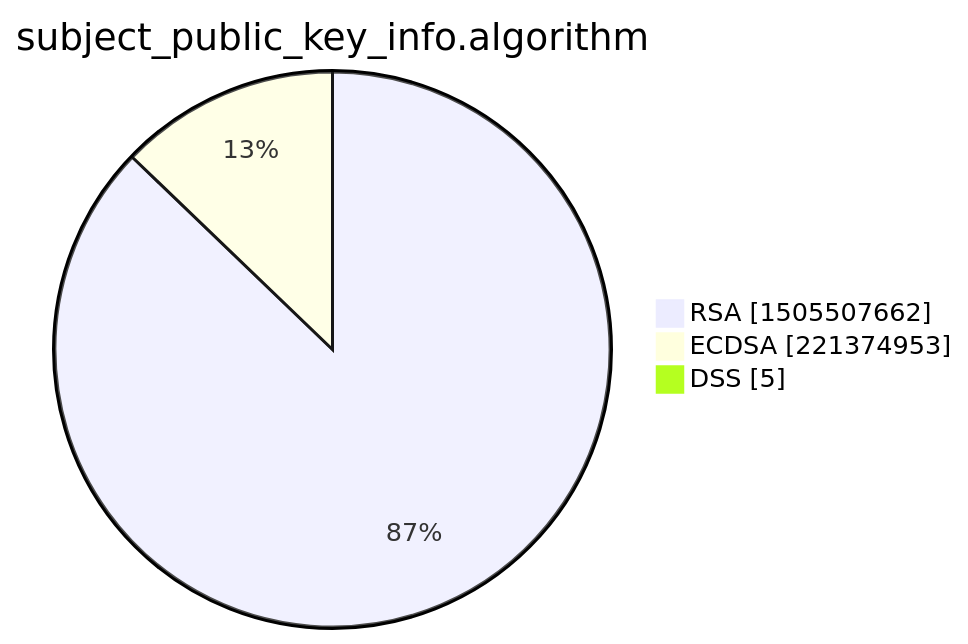
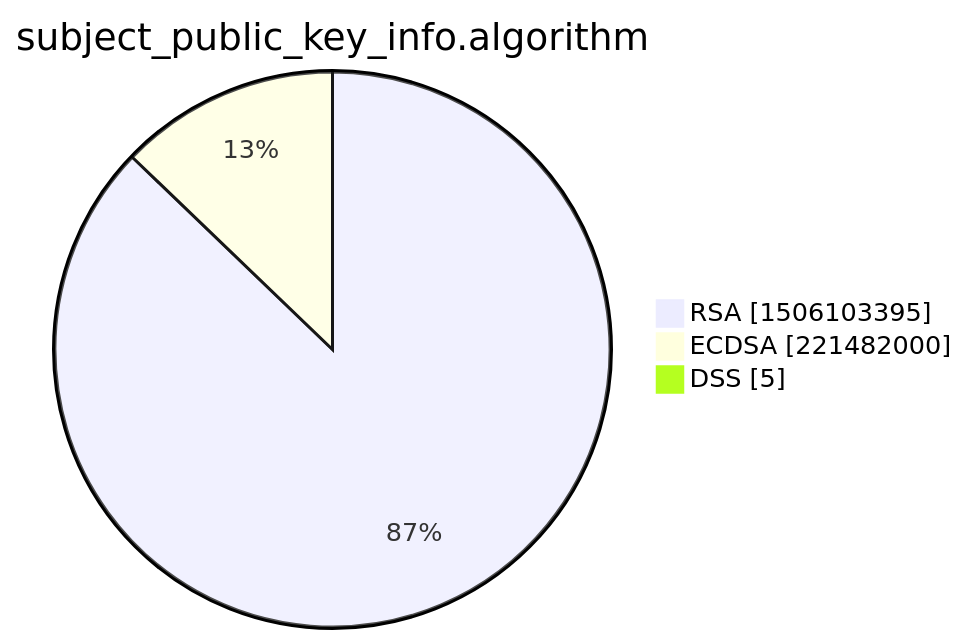
One commit to christiankrug/ctmonitor_visualization changed the third of 15 diagrams in xenon2022/README.md. Above: the diagram before and after it, drawn with Mermaid. The commit also changed other lines of this file, not shown here.

````diff
--- a/xenon2022/README.md
+++ b/xenon2022/README.md
@@ -14,7 +14,7 @@
 ```mermaid
 pie showData
 title subject_public_key_info.algorithm
-"RSA" :1505507662
-"ECDSA" :221374953
+"RSA" :1506103395
+"ECDSA" :221482000
 "DSS" :5
 ```
````
